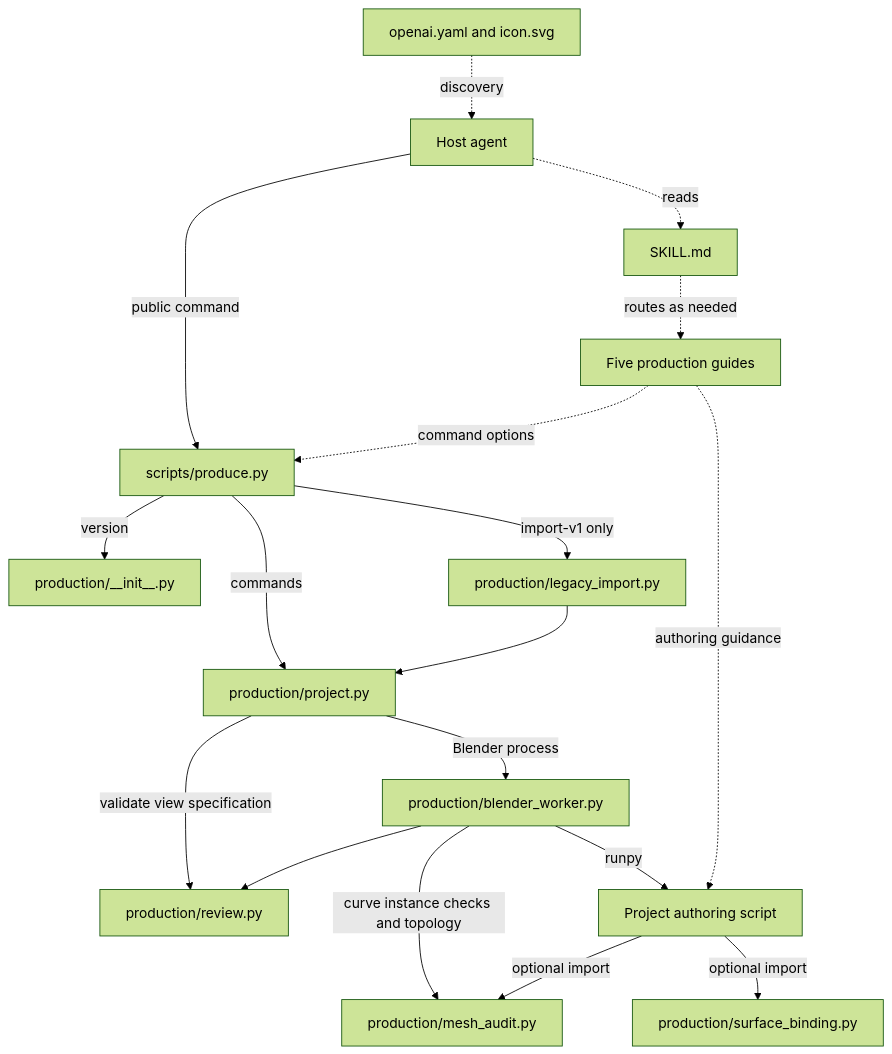
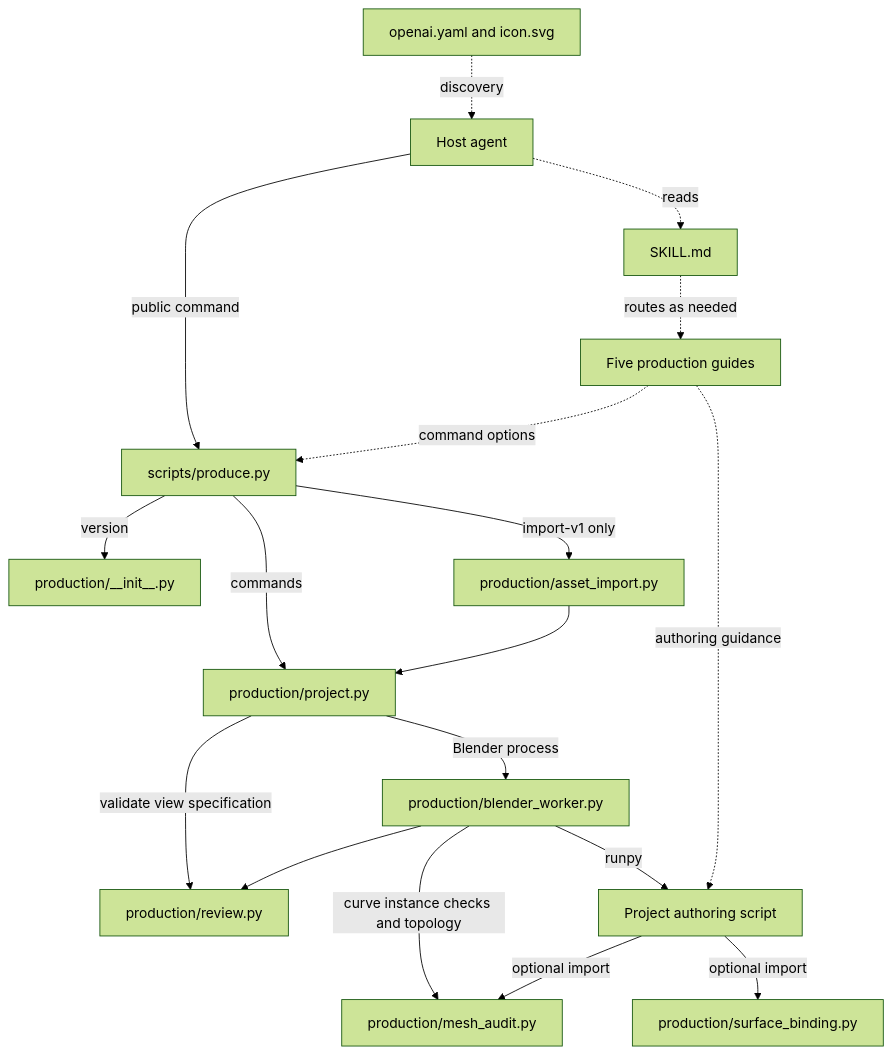
Before and after one commit to ictseoyoungmin/refas: the diagram in docs/development/refas-2-skill-map.md, drawn with Mermaid (forest theme). The commit also changed other lines of this file and 117 other files, not shown here.

````diff
--- a/docs/development/refas-2-skill-map.md
+++ b/docs/development/refas-2-skill-map.md
@@ -22,22 +22,22 @@
 ```mermaid
 flowchart TD
     Discovery["openai.yaml and icon.svg"] -. "discovery" .-> Agent["Host agent"]
     Agent -. "reads" .-> Skill["SKILL.md"]
     Skill -. "routes as needed" .-> Guides["Five production guides"]
     Agent -- "public command" --> CLI["scripts/produce.py"]
     Guides -. "command options" .-> CLI
 
     CLI -- "version" --> Identity["production/__init__.py"]
     CLI -- "commands" --> Project["production/project.py"]
-    CLI -- "import-v1 only" --> Import["production/legacy_import.py"]
+    CLI -- "import-v1 only" --> Import["production/asset_import.py"]
     Import --> Project
 
     Project -- "validate view specification" --> Review["production/review.py"]
     Project -- "Blender process" --> Worker["production/blender_worker.py"]
     Worker --> Review
     Worker -- "curve instance checks and topology" --> Audit["production/mesh_audit.py"]
     Worker -- "runpy" --> Script["Project authoring script"]
     Guides -. "authoring guidance" .-> Script
     Script -- "optional import" --> Audit
     Script -- "optional import" --> Binding["production/surface_binding.py"]
 ```
````
